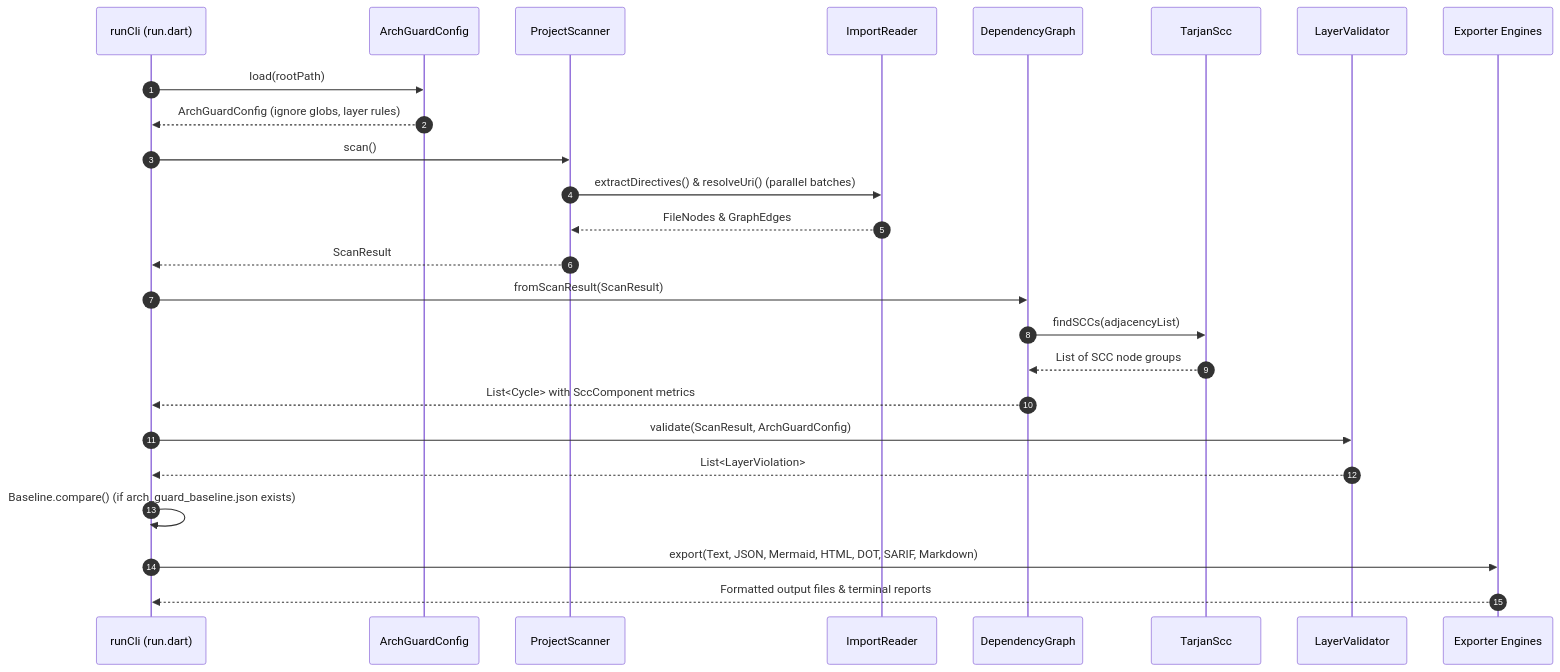
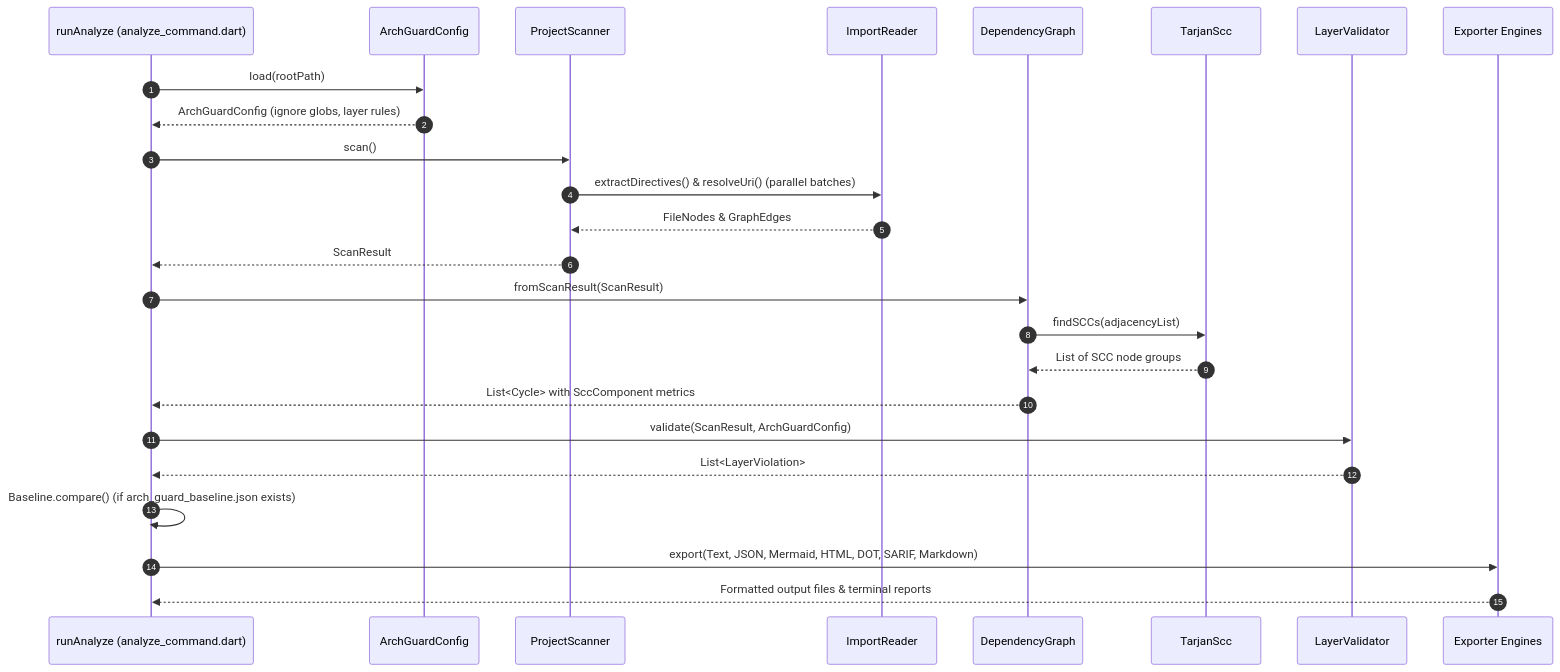
The second of 2 diagrams in ARCHITECTURE.md (creatorpiyush/arch_guard), drawn with Mermaid before and after one commit. The commit also changed other lines of this file and 4 other files, not shown here.

````diff
--- a/ARCHITECTURE.md
+++ b/ARCHITECTURE.md
@@ -104,32 +104,32 @@
 ```mermaid
 sequenceDiagram
     autonumber
-    participant CLI as runCli (run.dart)
+    participant CLI as runAnalyze (analyze_command.dart)
     participant Config as ArchGuardConfig
     participant Scanner as ProjectScanner
     participant Reader as ImportReader
     participant Graph as DependencyGraph
     participant Tarjan as TarjanScc
     participant Validator as LayerValidator
     participant Exporters as Exporter Engines
 
     CLI->>Config: load(rootPath)
     Config-->>CLI: ArchGuardConfig (ignore globs, layer rules)
 
     CLI->>Scanner: scan()
     Scanner->>Reader: extractDirectives() & resolveUri() (parallel batches)
     Reader-->>Scanner: FileNodes & GraphEdges
     Scanner-->>CLI: ScanResult
 
     CLI->>Graph: fromScanResult(ScanResult)
     Graph->>Tarjan: findSCCs(adjacencyList)
     Tarjan-->>Graph: List of SCC node groups
     Graph-->>CLI: List<Cycle> with SccComponent metrics
 
     CLI->>Validator: validate(ScanResult, ArchGuardConfig)
     Validator-->>CLI: List<LayerViolation>
 
     CLI->>CLI: Baseline.compare() (if arch_guard_baseline.json exists)
     CLI->>Exporters: export(Text, JSON, Mermaid, HTML, DOT, SARIF, Markdown)
     Exporters-->>CLI: Formatted output files & terminal reports
 ```
````
